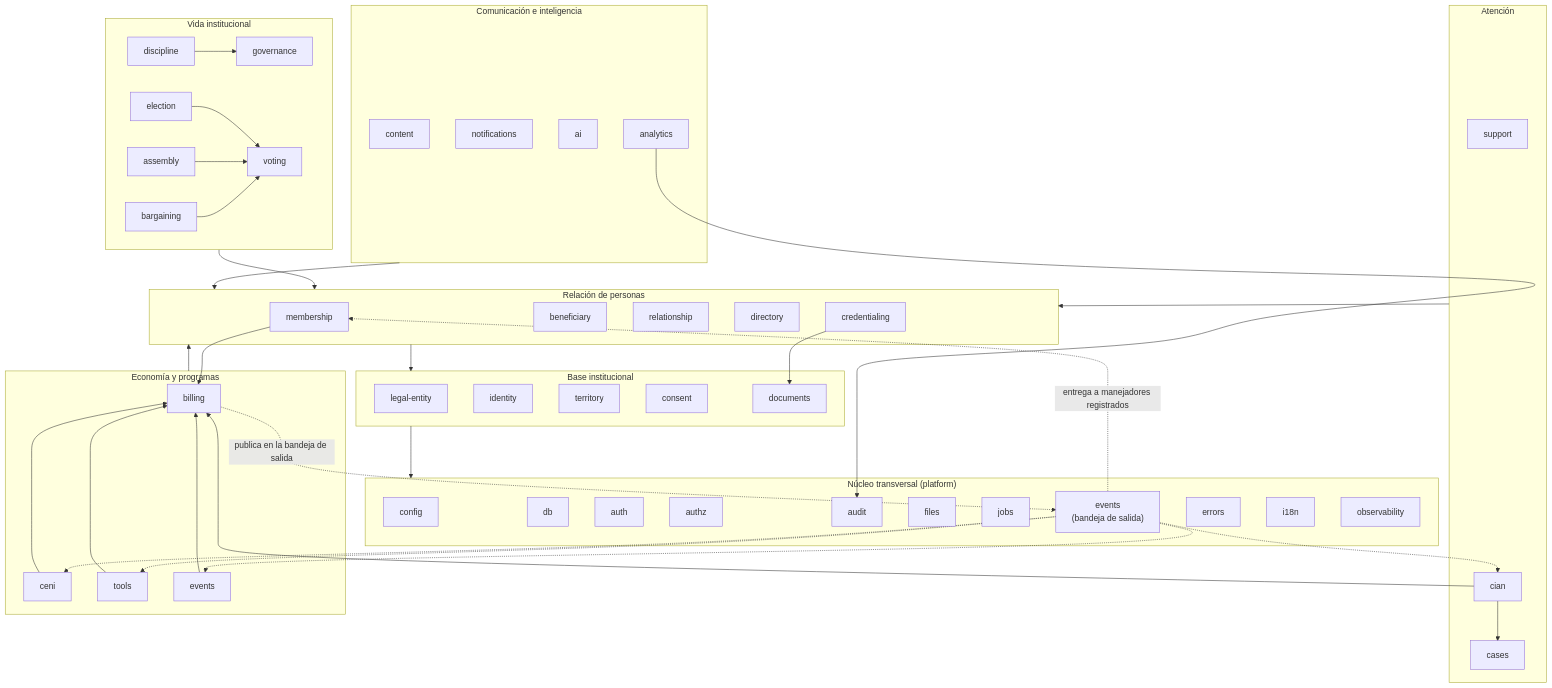
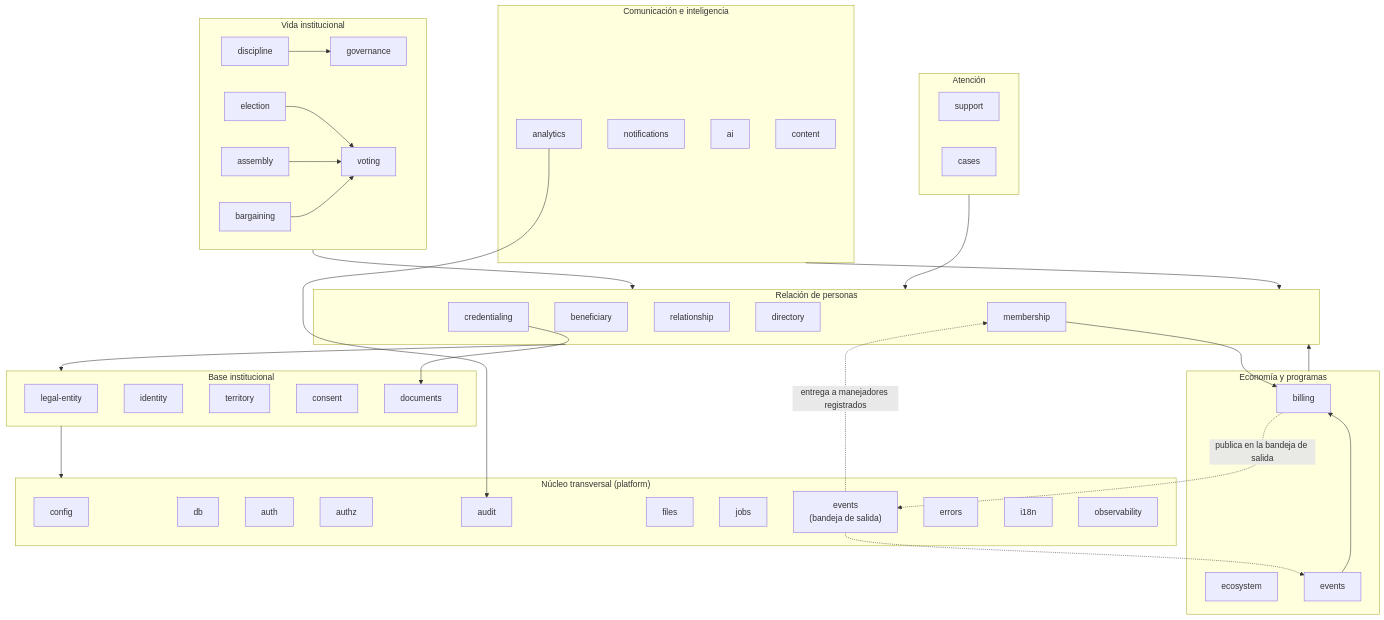
The second of 7 diagrams in docs/ARCHITECTURE.md (Alianza-Indigo/fuerza_indigo), drawn with Mermaid before and after one commit. The commit also changed other lines of this file and 63 other files, not shown here.

````diff
--- a/docs/ARCHITECTURE.md
+++ b/docs/ARCHITECTURE.md
@@ -131,13 +130,11 @@
     subgraph S["Atención"]
         SUPPORT["support"]
         CASES["cases"]
-        CIAN["cian"]
     end
 
     subgraph E["Economía y programas"]
         BILLING["billing"]
-        CENI["ceni"]
-        TOOLS["tools"]
+        ECOSYSTEM["ecosystem"]
         EVENTS["events"]
     end
 
@@ -154,22 +151,15 @@
     S --> M
     E --> M
     C --> M
-    CIAN --> CASES
     ELECTION --> VOTING
     ASSEMBLY --> VOTING
     BARGAINING --> VOTING
     DISCIPLINE --> GOVERNANCE
-    CENI --> BILLING
-    TOOLS --> BILLING
     EVENTS --> BILLING
     MEMBERSHIP --> BILLING
-    CIAN --> BILLING
     CREDENTIALING --> DOCS
     ANALYTICS --> AUDIT
     BILLING -.->|"publica en la bandeja de salida"| EVENTBUS
     EVENTBUS -.->|"entrega a manejadores registrados"| MEMBERSHIP
-    EVENTBUS -.->|" "| TOOLS
-    EVENTBUS -.->|" "| CIAN
-    EVENTBUS -.->|" "| CENI
     EVENTBUS -.->|" "| EVENTS
 ```
````
